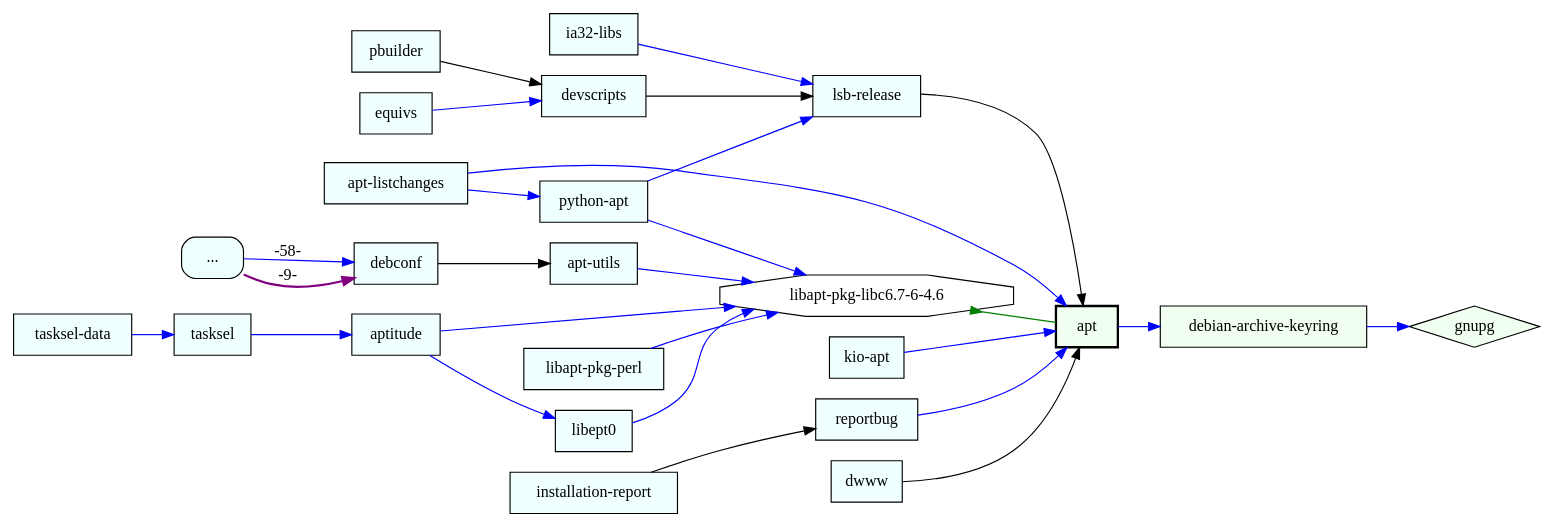
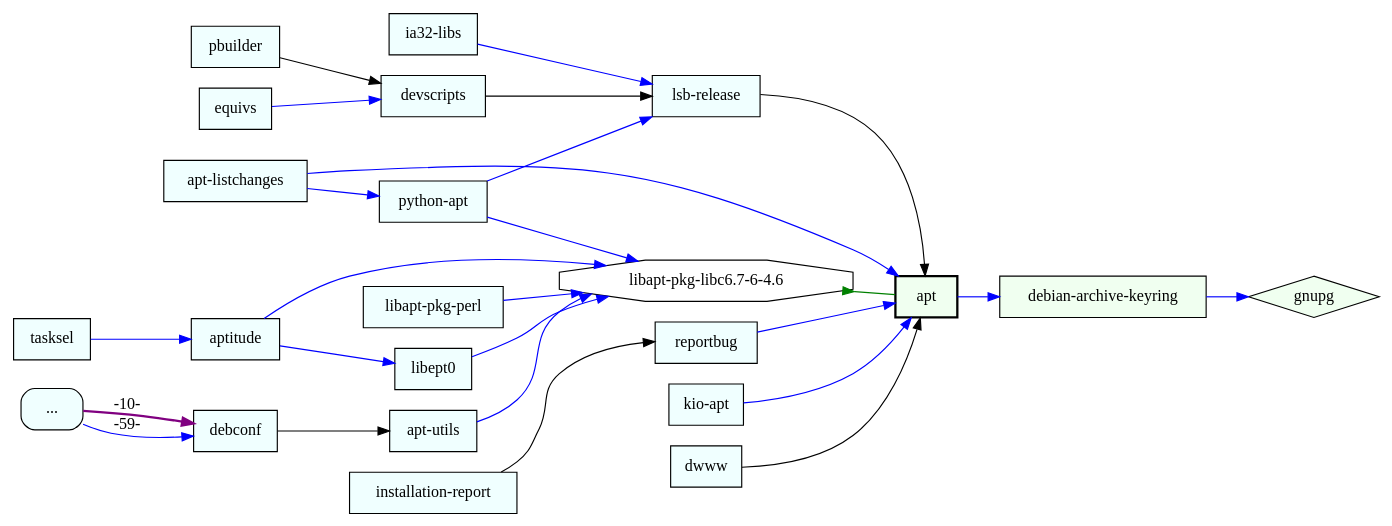
Before and after one commit to juandesant/debtree: the diagram in testset/usage4.dot, drawn with Graphviz. The commit also changed 4 other files, not shown here.

First line of the commit message:
Use PkgApt for reverse dependencies

```diff
--- a/testset/usage4.dot
+++ b/testset/usage4.dot
@@ -1,56 +1,54 @@
 digraph "apt" {
 	rankdir=LR;
 	node [shape=box];
 	"apt" -> "debian-archive-keyring" [color=blue];
 	"debian-archive-keyring" -> "gnupg" [color=blue];
 	"debian-archive-keyring" [style=filled,fillcolor=honeydew];
 	"libapt-pkg-libc6.7-6-4.6" -> "apt" [dir=back,arrowtail=inv,color=green];
 	"libapt-pkg-libc6.7-6-4.6" [shape=octagon];
+	"reportbug" -> "apt" [color=blue];
+	"kio-apt" -> "apt" [color=blue];
 	"apt-listchanges" -> "apt" [color=blue];
-	"kio-apt" -> "apt" [color=blue];
-	"reportbug" -> "apt" [color=blue];
+	"lsb-release" -> "apt";
 	"dwww" -> "apt";
-	"lsb-release" -> "apt";
-	"apt-listchanges" [style=filled,fillcolor=azure];
-	"kio-apt" [style=filled,fillcolor=azure];
 	"reportbug" [style=filled,fillcolor=azure];
 	"installation-report" -> "reportbug";
 	"installation-report" [style=filled,fillcolor=azure];
-	"dwww" [style=filled,fillcolor=azure];
+	"kio-apt" [style=filled,fillcolor=azure];
+	"apt-listchanges" [style=filled,fillcolor=azure];
 	"lsb-release" [style=filled,fillcolor=azure];
+	"python-apt" -> "lsb-release" [color=blue];
 	"ia32-libs" -> "lsb-release" [color=blue];
-	"python-apt" -> "lsb-release" [color=blue];
 	"devscripts" -> "lsb-release";
-	"ia32-libs" [style=filled,fillcolor=azure];
 	"python-apt" [style=filled,fillcolor=azure];
 	"apt-listchanges" -> "python-apt" [color=blue];
+	"ia32-libs" [style=filled,fillcolor=azure];
 	"devscripts" [style=filled,fillcolor=azure];
 	"equivs" -> "devscripts" [color=blue];
 	"pbuilder" -> "devscripts";
 	"equivs" [style=filled,fillcolor=azure];
 	"pbuilder" [style=filled,fillcolor=azure];
+	"dwww" [style=filled,fillcolor=azure];
+	"python-apt" -> "libapt-pkg-libc6.7-6-4.6" [color=blue];
+	"libept0" -> "libapt-pkg-libc6.7-6-4.6" [color=blue];
+	"libapt-pkg-perl" -> "libapt-pkg-libc6.7-6-4.6" [color=blue];
+	"aptitude" -> "libapt-pkg-libc6.7-6-4.6" [color=blue];
 	"apt-utils" -> "libapt-pkg-libc6.7-6-4.6" [color=blue];
-	"aptitude" -> "libapt-pkg-libc6.7-6-4.6" [color=blue];
-	"libapt-pkg-perl" -> "libapt-pkg-libc6.7-6-4.6" [color=blue];
-	"libept0" -> "libapt-pkg-libc6.7-6-4.6" [color=blue];
-	"python-apt" -> "libapt-pkg-libc6.7-6-4.6" [color=blue];
+	"libept0" [style=filled,fillcolor=azure];
+	"aptitude" -> "libept0" [color=blue];
+	"aptitude" [style=filled,fillcolor=azure];
+	"tasksel" -> "aptitude" [color=blue];
+	"tasksel" [style=filled,fillcolor=azure];
+	"libapt-pkg-perl" [style=filled,fillcolor=azure];
 	"apt-utils" [style=filled,fillcolor=azure];
 	"debconf" -> "apt-utils";
 	"debconf" [style=filled,fillcolor=azure];
-	"RD_debconf" -> "debconf"  [label="-9-",color=purple,style=bold];
-	"RD_debconf" -> "debconf"  [label="-58-",color=blue];
+	"RD_debconf" -> "debconf"  [label="-59-",color=blue];
+	"RD_debconf" -> "debconf"  [label="-10-",color=purple,style=bold];
 	"RD_debconf" [label="...",style="rounded,filled",fillcolor=azure];
-	"aptitude" [style=filled,fillcolor=azure];
-	"tasksel" -> "aptitude" [color=blue];
-	"tasksel" [style=filled,fillcolor=azure];
-	"tasksel-data" -> "tasksel" [color=blue];
-	"tasksel-data" [style=filled,fillcolor=azure];
-	"libapt-pkg-perl" [style=filled,fillcolor=azure];
-	"libept0" [style=filled,fillcolor=azure];
-	"aptitude" -> "libept0" [color=blue];
 	"apt" [style="setlinewidth(2),filled",fillcolor=honeydew];
 	"gnupg" [shape=diamond];
 	"gnupg" [style=filled,fillcolor=honeydew];
 }
 // Excluded dependencies:
 // libc6 libgcc1 libstdc++6
```
